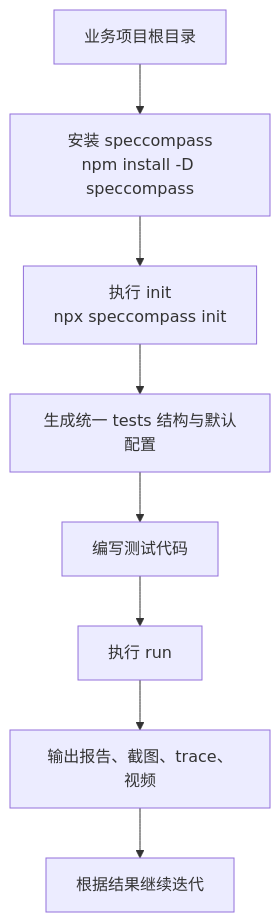
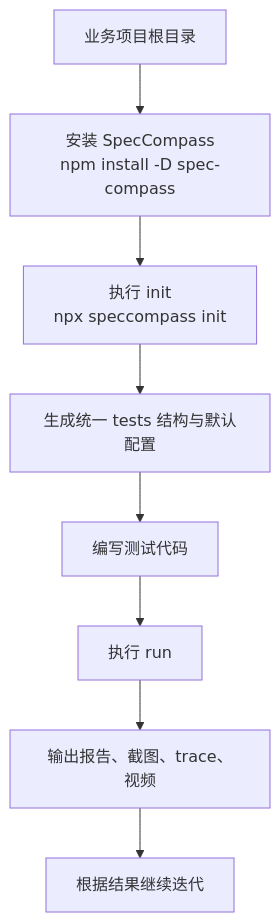
One commit to zhengjynicolas/spec-compass changed the diagram in docs/guide.md. Above: the diagram before and after it, drawn with Mermaid. The commit also changed other lines of this file and 8 other files, not shown here.

````diff
--- a/docs/guide.md
+++ b/docs/guide.md
@@ -14,10 +14,10 @@
 ```mermaid
 flowchart TD
-    A["业务项目根目录"] --> B["安装 speccompass<br/>npm install -D speccompass"]
+    A["业务项目根目录"] --> B["安装 SpecCompass<br/>npm install -D spec-compass"]
     B --> C["执行 init<br/>npx speccompass init"]
     C --> D["生成统一 tests 结构与默认配置"]
     D --> E["编写测试代码"]
     E --> F["执行 run"]
     F --> G["输出报告、截图、trace、视频"]
     G --> H["根据结果继续迭代"]
 ```
````
